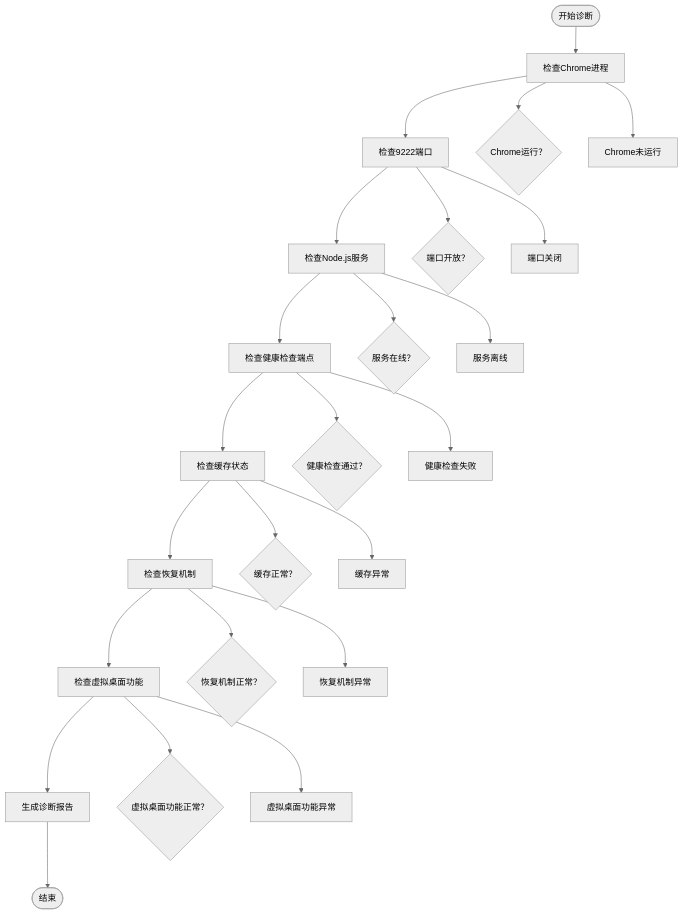
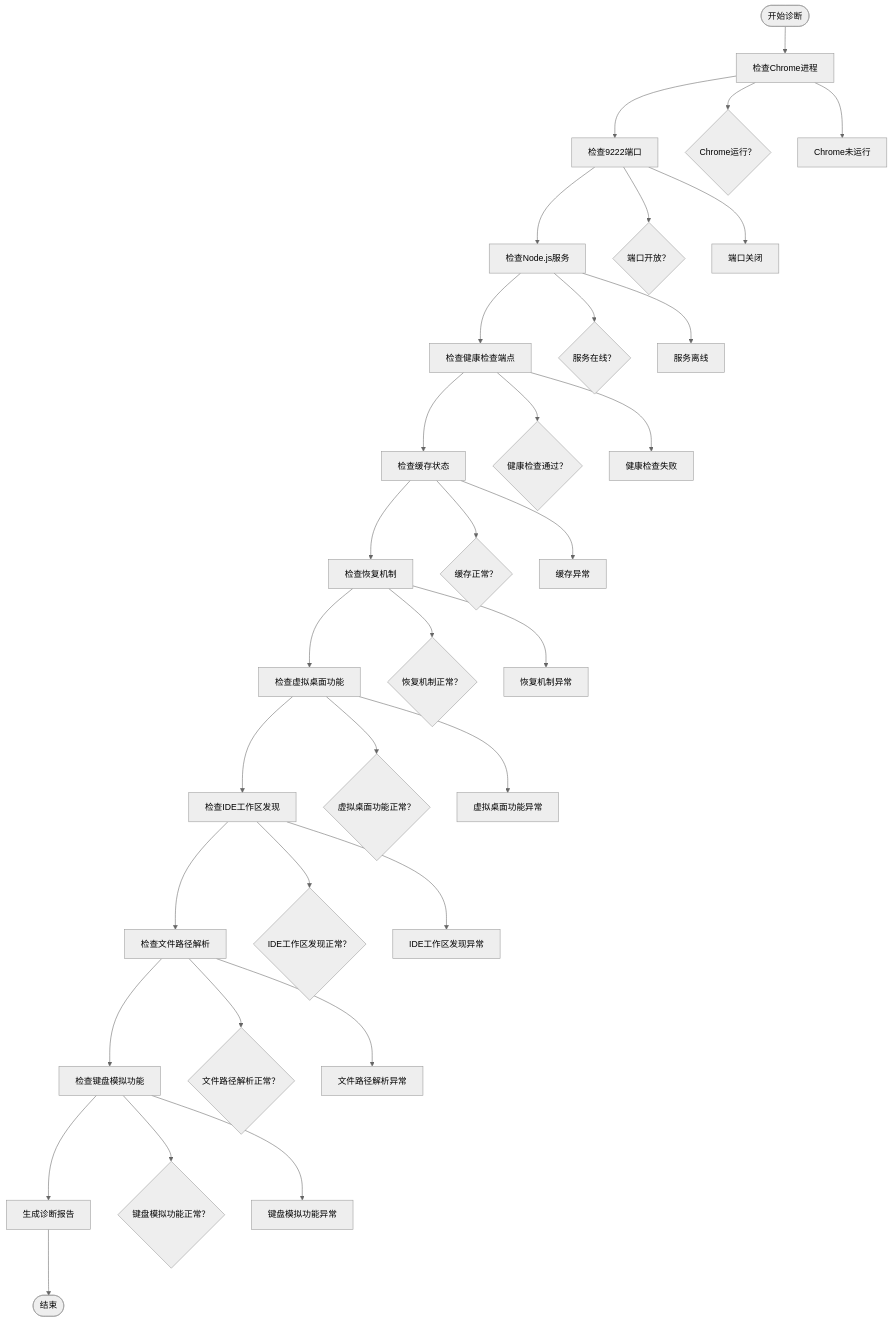
Diagram 13 of 16 in .qoder/repowiki/zh/content/外部工具集成/Node.js桥接工具.md (wangys-123doit/hotkey), drawn with Mermaid (neutral theme) before and after one commit. The commit also changed other lines of this file and 5 other files, not shown here.

````diff
--- a/.qoder/repowiki/zh/content/外部工具集成/Node.js桥接工具.md
+++ b/.qoder/repowiki/zh/content/外部工具集成/Node.js桥接工具.md
@@ -610,26 +811,35 @@
 ```mermaid
 flowchart TD
 Start([开始诊断]) --> CheckChrome["检查Chrome进程"]
 CheckChrome --> CheckPort["检查9222端口"]
 CheckPort --> CheckBridge["检查Node.js服务"]
 CheckBridge --> CheckHealth["检查健康检查端点"]
 CheckHealth --> CheckCache["检查缓存状态"]
 CheckCache --> CheckRecovery["检查恢复机制"]
 CheckRecovery --> CheckVirtualDesktop["检查虚拟桌面功能"]
-CheckVirtualDesktop --> Report["生成诊断报告"]
+CheckVirtualDesktop --> CheckIDEWorkspace["检查IDE工作区发现"]
+CheckIDEWorkspace --> CheckPathResolution["检查文件路径解析"]
+CheckPathResolution --> CheckKeyboard["检查键盘模拟功能"]
+CheckKeyboard --> Report["生成诊断报告"]
 Report --> End([结束])
 CheckChrome --> ChromeOK{"Chrome运行？"}
 CheckChrome --> ChromeFail["Chrome未运行"]
 CheckPort --> PortOK{"端口开放？"}
 CheckPort --> PortFail["端口关闭"]
 CheckBridge --> BridgeOK{"服务在线？"}
 CheckBridge --> BridgeFail["服务离线"]
 CheckHealth --> HealthOK{"健康检查通过？"}
 CheckHealth --> HealthFail["健康检查失败"]
 CheckCache --> CacheOK{"缓存正常？"}
 CheckCache --> CacheFail["缓存异常"]
 CheckRecovery --> RecoveryOK{"恢复机制正常？"}
 CheckRecovery --> RecoveryFail["恢复机制异常"]
 CheckVirtualDesktop --> VDOK{"虚拟桌面功能正常？"}
 CheckVirtualDesktop --> VDFail["虚拟桌面功能异常"]
+CheckIDEWorkspace --> IDEOK{"IDE工作区发现正常？"}
+CheckIDEWorkspace --> IDEFail["IDE工作区发现异常"]
+CheckPathResolution --> PathOK{"文件路径解析正常？"}
+CheckPathResolution --> PathFail["文件路径解析异常"]
+CheckKeyboard --> KOK{"键盘模拟功能正常？"}
+CheckKeyboard --> KFail["键盘模拟功能异常"]
 ```
````
